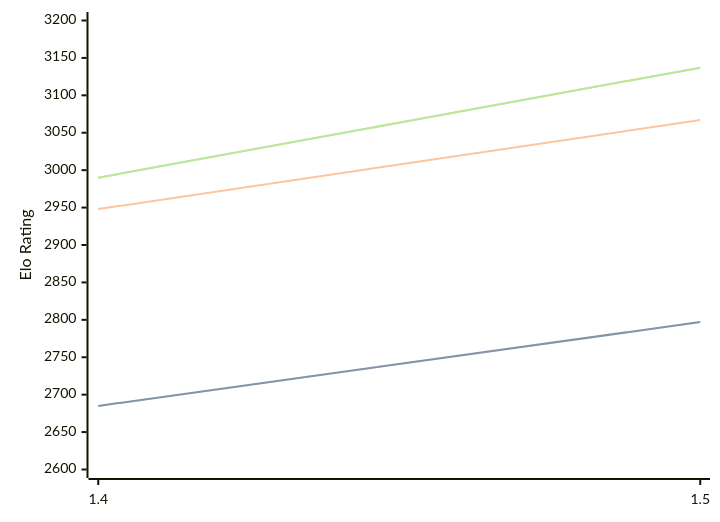
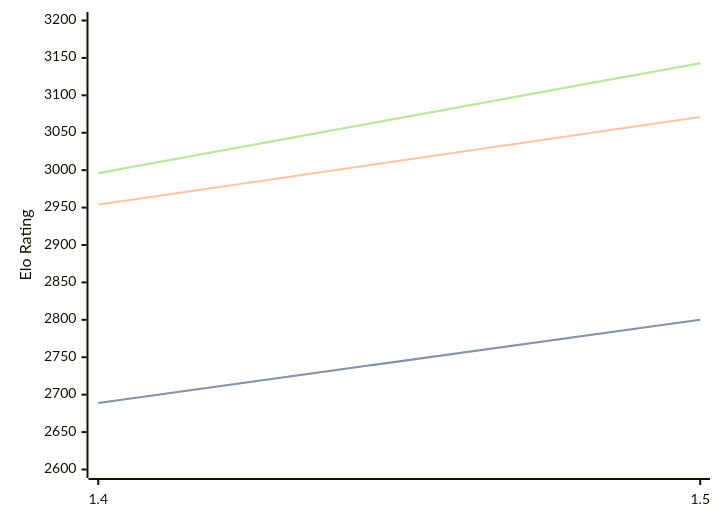
The diagram in engines/Yakka.md (computer-chess-index/cci), drawn with Mermaid before and after one commit. The commit also changed other lines of this file, not shown here.

Commit message:
Update CCI Ratings (ELO VLTC) - 2026-04-14

````diff
--- a/engines/Yakka.md
+++ b/engines/Yakka.md
@@ -36,11 +36,11 @@
 ```mermaid
 %%{init: {"theme":"base","themeVariables":{"seriesColors:['#a3a3a3','#222221','#faa371']}}}%%
 xychart-beta
   x-axis ["1.4", "1.5"]
   y-axis "Elo Rating" 2600 --> 3200
-  line "STC (8.0+0.08s)" [2685, 2797]
-  line "STC (8.0+0.08s)" [2685, 2797]
-  line "LTC (60.0+0.60s)" [2948, 3067]
-  line "VLTC (2m24s+1.12s)" [2990, 3137]
-  line "VLTC (2m24s+1.12s)" [2990, 3137]
+  line "STC (8.0+0.08s)" [2689, 2800]
+  line "STC (8.0+0.08s)" [2689, 2800]
+  line "LTC (60.0+0.60s)" [2954, 3071]
+  line "VLTC (2m24s+1.12s)" [2996, 3143]
+  line "VLTC (2m24s+1.12s)" [2996, 3143]
 ```
````
